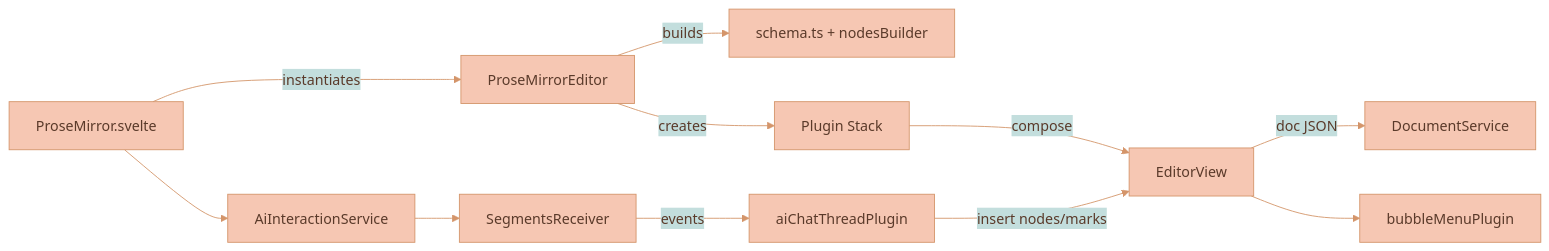
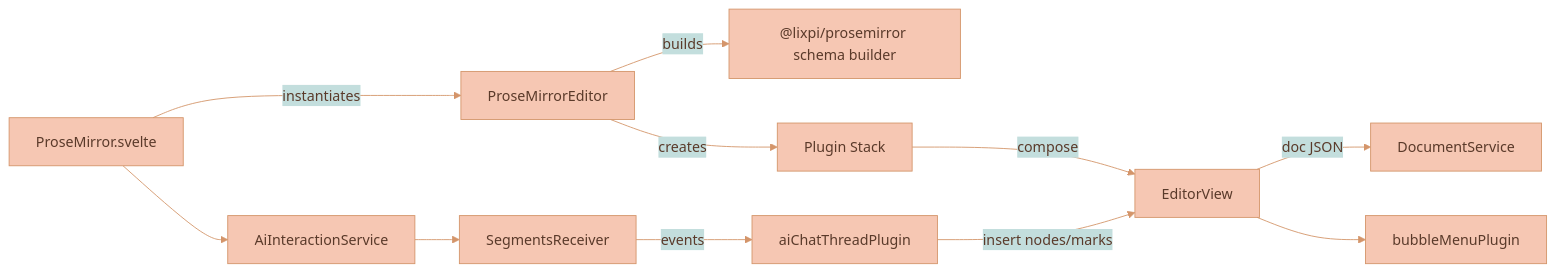
One commit to Lixpi/lixpi changed the first of 8 diagrams in services/web-ui/src/components/proseMirror/README.md. Above: the diagram before and after it, drawn with Mermaid. The commit also changed other lines of this file and 60 other files, not shown here.

````diff
--- a/services/web-ui/src/components/proseMirror/README.md
+++ b/services/web-ui/src/components/proseMirror/README.md
@@ -13,14 +13,14 @@
 ```mermaid
 %%{init: {'theme': 'base', 'themeVariables': { 'primaryColor': '#F6C7B3', 'primaryTextColor': '#5a3a2a', 'primaryBorderColor': '#d4956a', 'secondaryColor': '#C3DEDD', 'secondaryTextColor': '#1a3a47', 'secondaryBorderColor': '#4a8a9d', 'tertiaryColor': '#DCECE9', 'tertiaryTextColor': '#1a3a47', 'tertiaryBorderColor': '#82B2C0', 'lineColor': '#d4956a', 'textColor': '#5a3a2a'}}}%%
 flowchart LR
   Svelte[ProseMirror.svelte] -->|instantiates| PMEditor[ProseMirrorEditor]
-  PMEditor -->|builds| Schema[schema.ts + nodesBuilder]
+  PMEditor -->|builds| SharedSchema["@lixpi/prosemirror schema builder"]
     PMEditor -->|creates| Plugins[Plugin Stack]
     Plugins -->|compose| EditorView
     EditorView -->|doc JSON| DocumentService
     Svelte --> AiInteractionService
     AiInteractionService --> SegmentsReceiver
     SegmentsReceiver -->|events| aiChatThreadPlugin
     aiChatThreadPlugin -->|insert nodes/marks| EditorView
     EditorView --> BubbleMenu[bubbleMenuPlugin]
 ```
````
